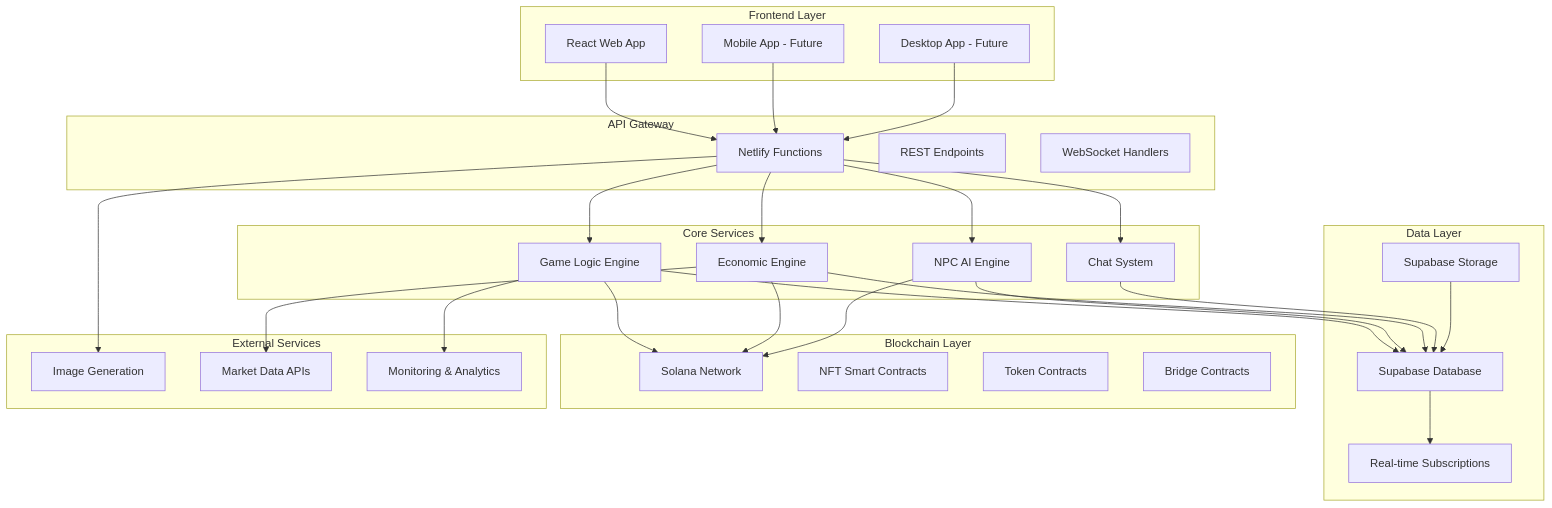
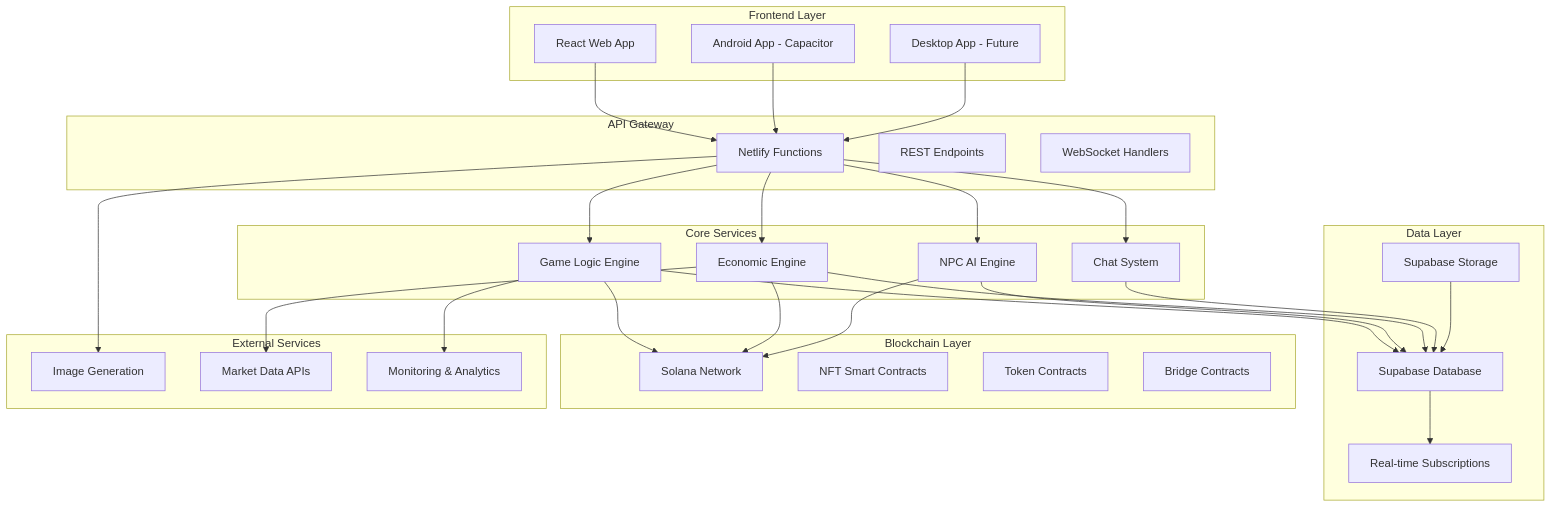
The diagram in public/docs/architecture.md (nothingdao/earth), drawn with Mermaid before and after one commit. The commit also changed other lines of this file and 5 other files, not shown here.

````diff
--- a/public/docs/architecture.md
+++ b/public/docs/architecture.md
@@ -9,60 +9,60 @@
 ```mermaid
 graph TB
     subgraph "Frontend Layer"
         A[React Web App]
-        B[Mobile App - Future]
+        B[Android App - Capacitor]
         C[Desktop App - Future]
     end
 
     subgraph "API Gateway"
         D[Netlify Functions]
         E[REST Endpoints]
         F[WebSocket Handlers]
     end
 
     subgraph "Core Services"
         G[Game Logic Engine]
         H[NPC AI Engine]
         I[Economic Engine]
         J[Chat System]
     end
 
     subgraph "Data Layer"
         K[Supabase Database]
         L[Supabase Storage]
         M[Real-time Subscriptions]
     end
 
     subgraph "Blockchain Layer"
         N[Solana Network]
         O[NFT Smart Contracts]
         P[Token Contracts]
         Q[Bridge Contracts]
     end
 
     subgraph "External Services"
         R[Image Generation]
         S[Market Data APIs]
         T[Monitoring & Analytics]
     end
 
     A --> D
     B --> D
     C --> D
     D --> G
     D --> H
     D --> I
     D --> J
     G --> K
     H --> K
     I --> K
     J --> K
     K --> M
     L --> K
     G --> N
     I --> N
     H --> N
     D --> R
     I --> S
     G --> T
 ```
````
